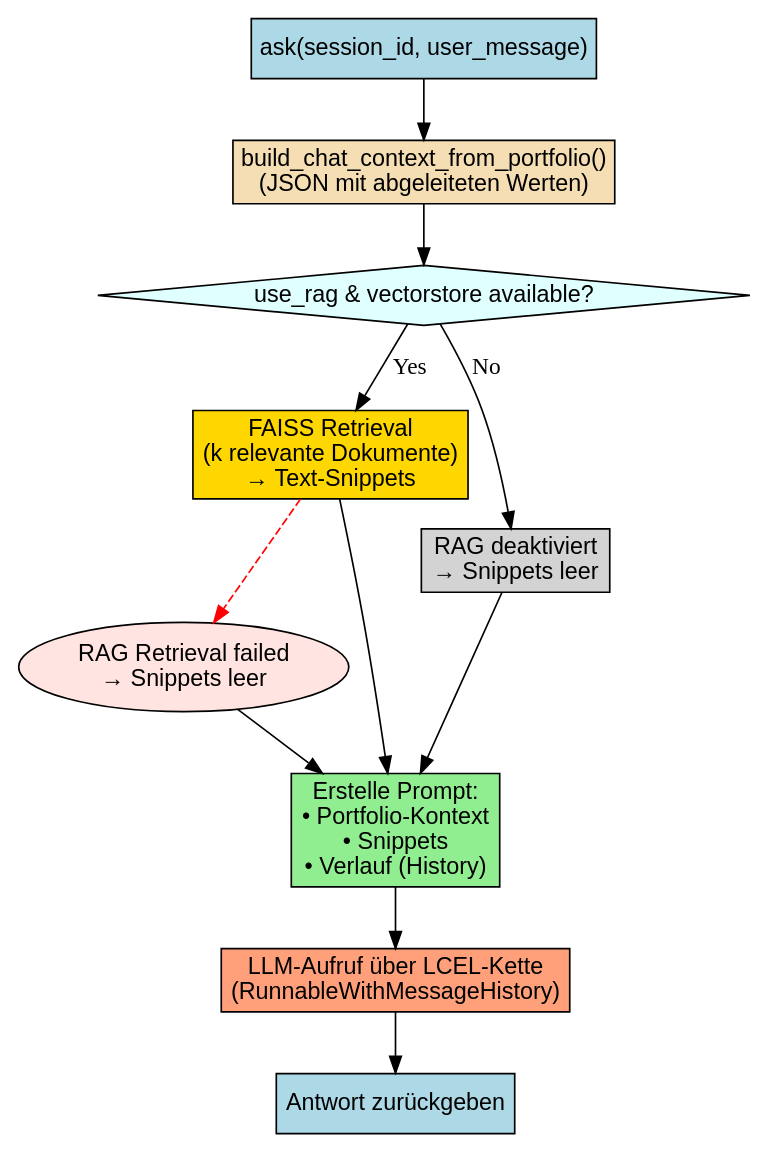
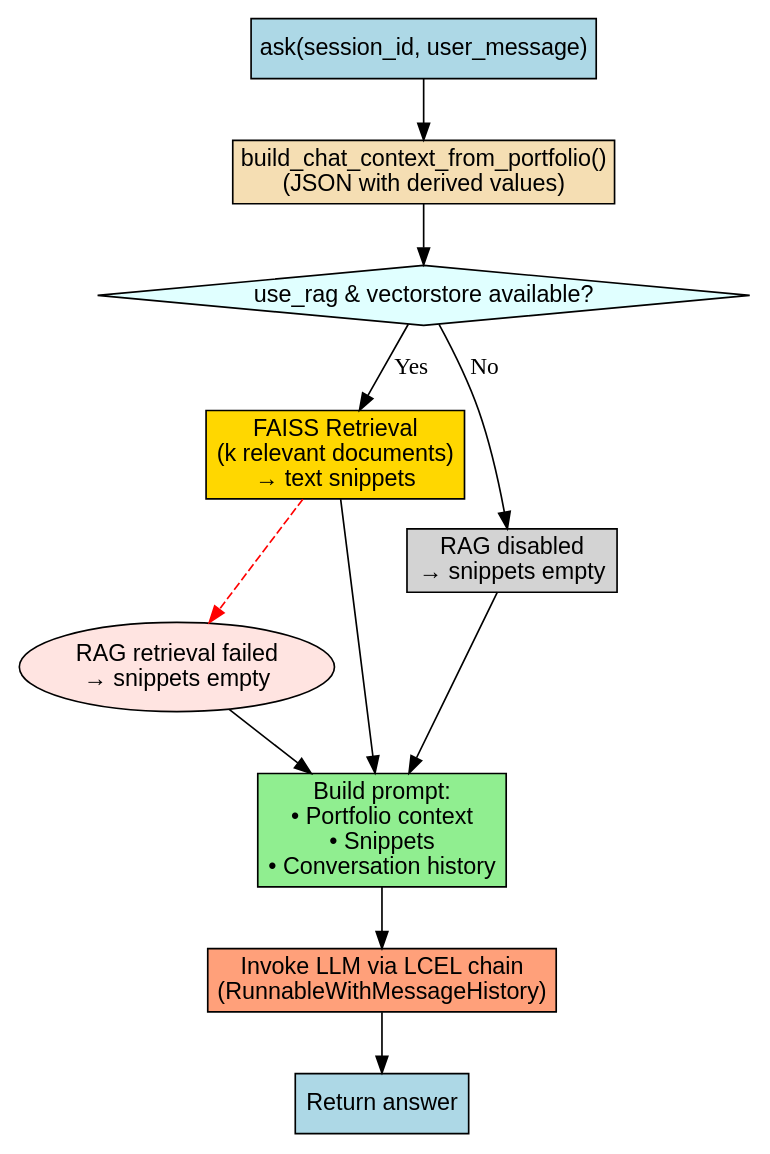
One commit to jasper-bk/Masterarbeit changed the diagram in assets/misc/flowchart_chat.dot. Above: the diagram before and after it, drawn with Graphviz. The commit also changed 17 other files, not shown here.

```diff
--- a/assets/misc/flowchart_chat.dot
+++ b/assets/misc/flowchart_chat.dot
@@ -1,36 +1,36 @@
 digraph PortfolioChatFlow {
     rankdir=TB;
     node [shape=box, style=filled, fontname="Arial"];
 
     start [label="ask(session_id, user_message)", fillcolor=lightblue];
 
-    build_ctx [label="build_chat_context_from_portfolio()\n(JSON mit abgeleiteten Werten)", fillcolor=wheat];
+    build_ctx [label="build_chat_context_from_portfolio()\n(JSON with derived values)", fillcolor=wheat];
 
     check_rag [label="use_rag & vectorstore available?", fillcolor=lightcyan, shape=diamond];
 
-    retrieval [label="FAISS Retrieval\n(k relevante Dokumente)\n→ Text-Snippets", fillcolor=gold];
-    retrieval_fail [label="RAG Retrieval failed\n→ Snippets leer", fillcolor=mistyrose, shape=ellipse];
+    retrieval [label="FAISS Retrieval\n(k relevant documents)\n→ text snippets", fillcolor=gold];
+    retrieval_fail [label="RAG retrieval failed\n→ snippets empty", fillcolor=mistyrose, shape=ellipse];
 
-    no_rag [label="RAG deaktiviert\n→ Snippets leer", fillcolor=lightgray];
+    no_rag [label="RAG disabled\n→ snippets empty", fillcolor=lightgray];
 
-    build_prompt [label="Erstelle Prompt:\n• Portfolio-Kontext\n• Snippets\n• Verlauf (History)", fillcolor=lightgreen];
+    build_prompt [label="Build prompt:\n• Portfolio context\n• Snippets\n• Conversation history", fillcolor=lightgreen];
 
-    invoke_chain [label="LLM-Aufruf über LCEL-Kette\n(RunnableWithMessageHistory)", fillcolor=lightsalmon];
+    invoke_chain [label="Invoke LLM via LCEL chain\n(RunnableWithMessageHistory)", fillcolor=lightsalmon];
 
-    return_ans [label="Antwort zurückgeben", fillcolor=lightblue];
+    return_ans [label="Return answer", fillcolor=lightblue];
 
     // Flows
     start -> build_ctx;
     build_ctx -> check_rag;
     check_rag -> retrieval [label="Yes"];
     check_rag -> no_rag [label="No"];
 
     retrieval -> build_prompt;
     retrieval -> retrieval_fail [style=dashed, color=red];
     retrieval_fail -> build_prompt;
 
     no_rag -> build_prompt;
 
     build_prompt -> invoke_chain;
     invoke_chain -> return_ans;
 }
```
